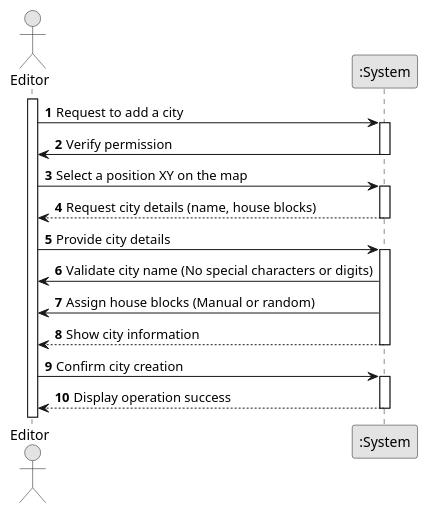
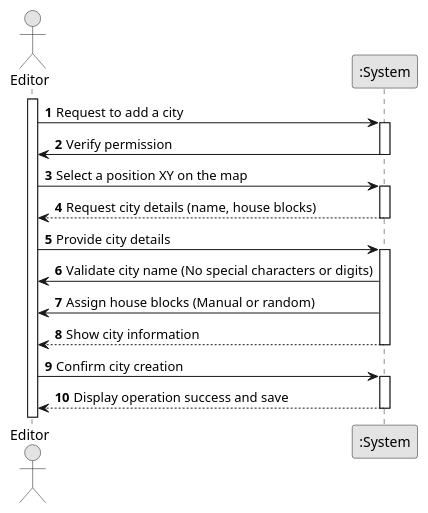
One commit to Andremonteiro1240850/railway_simulator changed the diagram in docs/(template-files)/US03/01.requirements-engiineering.us03/us-Diagram/us03Diagram.puml. Above: the diagram before and after it, drawn with PlantUML. The commit also changed 1 other file, not shown here.

```diff
--- a/docs/(template-files)/US03/01.requirements-engiineering.us03/us-Diagram/us03Diagram.puml
+++ b/docs/(template-files)/US03/01.requirements-engiineering.us03/us-Diagram/us03Diagram.puml
@@ -1,40 +1,40 @@
 @startuml
 skinparam monochrome true
 skinparam packageStyle rectangle
 skinparam shadowing false
 
 autonumber
 
 actor "Editor" as Editor
 participant ":System" as System
 
 activate Editor
 
     Editor -> System : Request to add a city
         activate System
 
     System -> Editor : Verify permission
     deactivate System
 
     Editor -> System : Select a position XY on the map
         activate System
 
     System --> Editor : Request city details (name, house blocks)
         deactivate System
 
     Editor -> System : Provide city details
         activate System
 
     System -> Editor : Validate city name (No special characters or digits)
     System -> Editor : Assign house blocks (Manual or random)
 
     System --> Editor : Show city information
         deactivate System
 
     Editor -> System : Confirm city creation
         activate System
 
-    System --> Editor : Display operation success
+    System --> Editor : Display operation success and save
         deactivate System
 
 @enduml
```
